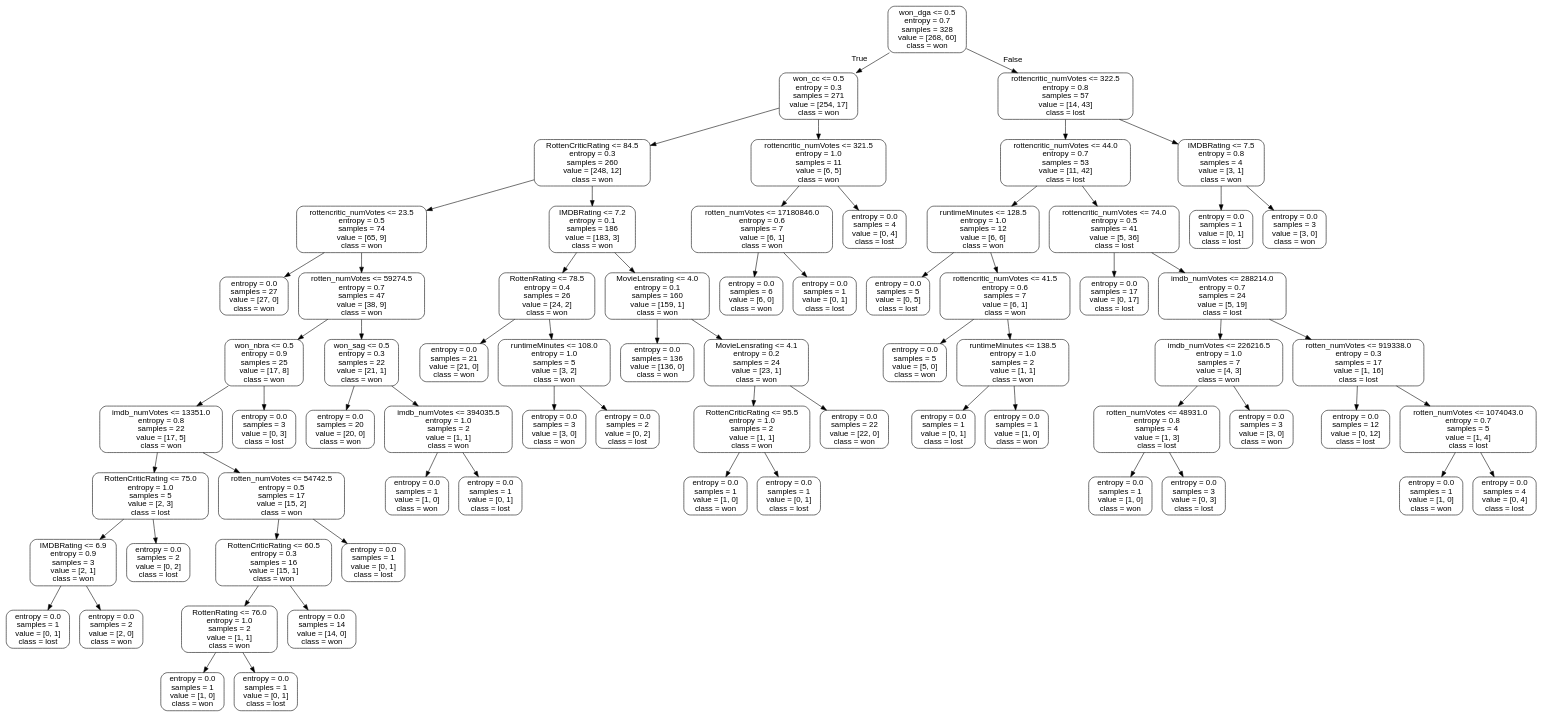
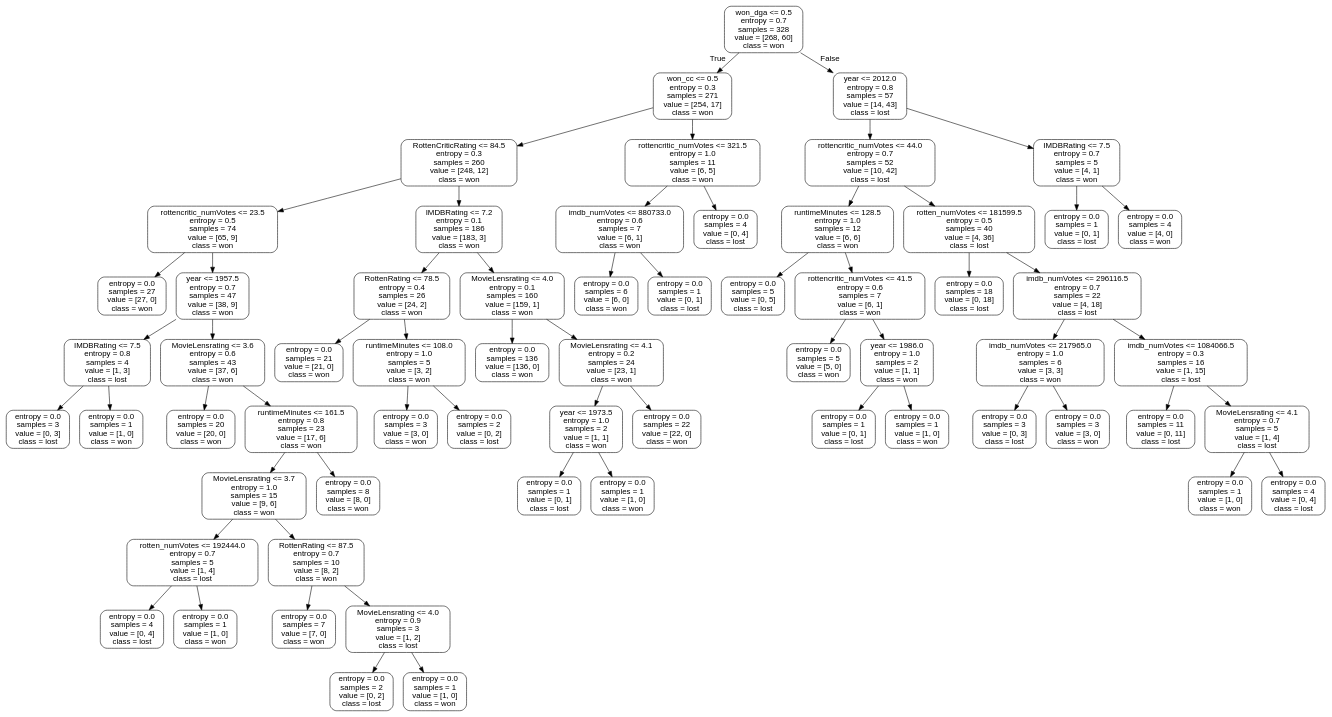
Before and after one commit to nikiravi04/Oscar-Best-Motion-Picture-Prediction: the diagram in Predicting Oscars model/tree_oscars_dt.dot, drawn with Graphviz. The commit also changed 11 other files, not shown here.

```diff
--- a/Predicting Oscars model/tree_oscars_dt.dot
+++ b/Predicting Oscars model/tree_oscars_dt.dot
@@ -1,141 +1,129 @@
 digraph Tree {
 node [shape=box, style="rounded", color="black", fontname=helvetica] ;
 edge [fontname=helvetica] ;
 0 [label="won_dga <= 0.5\nentropy = 0.7\nsamples = 328\nvalue = [268, 60]\nclass = won"] ;
 1 [label="won_cc <= 0.5\nentropy = 0.3\nsamples = 271\nvalue = [254, 17]\nclass = won"] ;
 0 -> 1 [labeldistance=2.5, labelangle=45, headlabel="True"] ;
 2 [label="RottenCriticRating <= 84.5\nentropy = 0.3\nsamples = 260\nvalue = [248, 12]\nclass = won"] ;
 1 -> 2 ;
 3 [label="rottencritic_numVotes <= 23.5\nentropy = 0.5\nsamples = 74\nvalue = [65, 9]\nclass = won"] ;
 2 -> 3 ;
 4 [label="entropy = 0.0\nsamples = 27\nvalue = [27, 0]\nclass = won"] ;
 3 -> 4 ;
-5 [label="rotten_numVotes <= 59274.5\nentropy = 0.7\nsamples = 47\nvalue = [38, 9]\nclass = won"] ;
+5 [label="year <= 1957.5\nentropy = 0.7\nsamples = 47\nvalue = [38, 9]\nclass = won"] ;
 3 -> 5 ;
-6 [label="won_nbra <= 0.5\nentropy = 0.9\nsamples = 25\nvalue = [17, 8]\nclass = won"] ;
+6 [label="IMDBRating <= 7.5\nentropy = 0.8\nsamples = 4\nvalue = [1, 3]\nclass = lost"] ;
 5 -> 6 ;
-7 [label="imdb_numVotes <= 13351.0\nentropy = 0.8\nsamples = 22\nvalue = [17, 5]\nclass = won"] ;
+7 [label="entropy = 0.0\nsamples = 3\nvalue = [0, 3]\nclass = lost"] ;
 6 -> 7 ;
-8 [label="RottenCriticRating <= 75.0\nentropy = 1.0\nsamples = 5\nvalue = [2, 3]\nclass = lost"] ;
-7 -> 8 ;
-9 [label="IMDBRating <= 6.9\nentropy = 0.9\nsamples = 3\nvalue = [2, 1]\nclass = won"] ;
-8 -> 9 ;
-10 [label="entropy = 0.0\nsamples = 1\nvalue = [0, 1]\nclass = lost"] ;
+8 [label="entropy = 0.0\nsamples = 1\nvalue = [1, 0]\nclass = won"] ;
+6 -> 8 ;
+9 [label="MovieLensrating <= 3.6\nentropy = 0.6\nsamples = 43\nvalue = [37, 6]\nclass = won"] ;
+5 -> 9 ;
+10 [label="entropy = 0.0\nsamples = 20\nvalue = [20, 0]\nclass = won"] ;
 9 -> 10 ;
-11 [label="entropy = 0.0\nsamples = 2\nvalue = [2, 0]\nclass = won"] ;
+11 [label="runtimeMinutes <= 161.5\nentropy = 0.8\nsamples = 23\nvalue = [17, 6]\nclass = won"] ;
 9 -> 11 ;
-12 [label="entropy = 0.0\nsamples = 2\nvalue = [0, 2]\nclass = lost"] ;
-8 -> 12 ;
-13 [label="rotten_numVotes <= 54742.5\nentropy = 0.5\nsamples = 17\nvalue = [15, 2]\nclass = won"] ;
-7 -> 13 ;
-14 [label="RottenCriticRating <= 60.5\nentropy = 0.3\nsamples = 16\nvalue = [15, 1]\nclass = won"] ;
+12 [label="MovieLensrating <= 3.7\nentropy = 1.0\nsamples = 15\nvalue = [9, 6]\nclass = won"] ;
+11 -> 12 ;
+13 [label="rotten_numVotes <= 192444.0\nentropy = 0.7\nsamples = 5\nvalue = [1, 4]\nclass = lost"] ;
+12 -> 13 ;
+14 [label="entropy = 0.0\nsamples = 4\nvalue = [0, 4]\nclass = lost"] ;
 13 -> 14 ;
-15 [label="RottenRating <= 76.0\nentropy = 1.0\nsamples = 2\nvalue = [1, 1]\nclass = won"] ;
-14 -> 15 ;
-16 [label="entropy = 0.0\nsamples = 1\nvalue = [1, 0]\nclass = won"] ;
-15 -> 16 ;
-17 [label="entropy = 0.0\nsamples = 1\nvalue = [0, 1]\nclass = lost"] ;
-15 -> 17 ;
-18 [label="entropy = 0.0\nsamples = 14\nvalue = [14, 0]\nclass = won"] ;
-14 -> 18 ;
-19 [label="entropy = 0.0\nsamples = 1\nvalue = [0, 1]\nclass = lost"] ;
-13 -> 19 ;
-20 [label="entropy = 0.0\nsamples = 3\nvalue = [0, 3]\nclass = lost"] ;
-6 -> 20 ;
-21 [label="won_sag <= 0.5\nentropy = 0.3\nsamples = 22\nvalue = [21, 1]\nclass = won"] ;
-5 -> 21 ;
-22 [label="entropy = 0.0\nsamples = 20\nvalue = [20, 0]\nclass = won"] ;
-21 -> 22 ;
-23 [label="imdb_numVotes <= 394035.5\nentropy = 1.0\nsamples = 2\nvalue = [1, 1]\nclass = won"] ;
-21 -> 23 ;
-24 [label="entropy = 0.0\nsamples = 1\nvalue = [1, 0]\nclass = won"] ;
+15 [label="entropy = 0.0\nsamples = 1\nvalue = [1, 0]\nclass = won"] ;
+13 -> 15 ;
+16 [label="RottenRating <= 87.5\nentropy = 0.7\nsamples = 10\nvalue = [8, 2]\nclass = won"] ;
+12 -> 16 ;
+17 [label="entropy = 0.0\nsamples = 7\nvalue = [7, 0]\nclass = won"] ;
+16 -> 17 ;
+18 [label="MovieLensrating <= 4.0\nentropy = 0.9\nsamples = 3\nvalue = [1, 2]\nclass = lost"] ;
+16 -> 18 ;
+19 [label="entropy = 0.0\nsamples = 2\nvalue = [0, 2]\nclass = lost"] ;
+18 -> 19 ;
+20 [label="entropy = 0.0\nsamples = 1\nvalue = [1, 0]\nclass = won"] ;
+18 -> 20 ;
+21 [label="entropy = 0.0\nsamples = 8\nvalue = [8, 0]\nclass = won"] ;
+11 -> 21 ;
+22 [label="IMDBRating <= 7.2\nentropy = 0.1\nsamples = 186\nvalue = [183, 3]\nclass = won"] ;
+2 -> 22 ;
+23 [label="RottenRating <= 78.5\nentropy = 0.4\nsamples = 26\nvalue = [24, 2]\nclass = won"] ;
+22 -> 23 ;
+24 [label="entropy = 0.0\nsamples = 21\nvalue = [21, 0]\nclass = won"] ;
 23 -> 24 ;
-25 [label="entropy = 0.0\nsamples = 1\nvalue = [0, 1]\nclass = lost"] ;
+25 [label="runtimeMinutes <= 108.0\nentropy = 1.0\nsamples = 5\nvalue = [3, 2]\nclass = won"] ;
 23 -> 25 ;
-26 [label="IMDBRating <= 7.2\nentropy = 0.1\nsamples = 186\nvalue = [183, 3]\nclass = won"] ;
-2 -> 26 ;
-27 [label="RottenRating <= 78.5\nentropy = 0.4\nsamples = 26\nvalue = [24, 2]\nclass = won"] ;
-26 -> 27 ;
-28 [label="entropy = 0.0\nsamples = 21\nvalue = [21, 0]\nclass = won"] ;
-27 -> 28 ;
-29 [label="runtimeMinutes <= 108.0\nentropy = 1.0\nsamples = 5\nvalue = [3, 2]\nclass = won"] ;
-27 -> 29 ;
-30 [label="entropy = 0.0\nsamples = 3\nvalue = [3, 0]\nclass = won"] ;
-29 -> 30 ;
-31 [label="entropy = 0.0\nsamples = 2\nvalue = [0, 2]\nclass = lost"] ;
-29 -> 31 ;
-32 [label="MovieLensrating <= 4.0\nentropy = 0.1\nsamples = 160\nvalue = [159, 1]\nclass = won"] ;
-26 -> 32 ;
-33 [label="entropy = 0.0\nsamples = 136\nvalue = [136, 0]\nclass = won"] ;
-32 -> 33 ;
-34 [label="MovieLensrating <= 4.1\nentropy = 0.2\nsamples = 24\nvalue = [23, 1]\nclass = won"] ;
-32 -> 34 ;
-35 [label="RottenCriticRating <= 95.5\nentropy = 1.0\nsamples = 2\nvalue = [1, 1]\nclass = won"] ;
-34 -> 35 ;
-36 [label="entropy = 0.0\nsamples = 1\nvalue = [1, 0]\nclass = won"] ;
+26 [label="entropy = 0.0\nsamples = 3\nvalue = [3, 0]\nclass = won"] ;
+25 -> 26 ;
+27 [label="entropy = 0.0\nsamples = 2\nvalue = [0, 2]\nclass = lost"] ;
+25 -> 27 ;
+28 [label="MovieLensrating <= 4.0\nentropy = 0.1\nsamples = 160\nvalue = [159, 1]\nclass = won"] ;
+22 -> 28 ;
+29 [label="entropy = 0.0\nsamples = 136\nvalue = [136, 0]\nclass = won"] ;
+28 -> 29 ;
+30 [label="MovieLensrating <= 4.1\nentropy = 0.2\nsamples = 24\nvalue = [23, 1]\nclass = won"] ;
+28 -> 30 ;
+31 [label="year <= 1973.5\nentropy = 1.0\nsamples = 2\nvalue = [1, 1]\nclass = won"] ;
+30 -> 31 ;
+32 [label="entropy = 0.0\nsamples = 1\nvalue = [0, 1]\nclass = lost"] ;
+31 -> 32 ;
+33 [label="entropy = 0.0\nsamples = 1\nvalue = [1, 0]\nclass = won"] ;
+31 -> 33 ;
+34 [label="entropy = 0.0\nsamples = 22\nvalue = [22, 0]\nclass = won"] ;
+30 -> 34 ;
+35 [label="rottencritic_numVotes <= 321.5\nentropy = 1.0\nsamples = 11\nvalue = [6, 5]\nclass = won"] ;
+1 -> 35 ;
+36 [label="imdb_numVotes <= 880733.0\nentropy = 0.6\nsamples = 7\nvalue = [6, 1]\nclass = won"] ;
 35 -> 36 ;
-37 [label="entropy = 0.0\nsamples = 1\nvalue = [0, 1]\nclass = lost"] ;
-35 -> 37 ;
-38 [label="entropy = 0.0\nsamples = 22\nvalue = [22, 0]\nclass = won"] ;
-34 -> 38 ;
-39 [label="rottencritic_numVotes <= 321.5\nentropy = 1.0\nsamples = 11\nvalue = [6, 5]\nclass = won"] ;
-1 -> 39 ;
-40 [label="rotten_numVotes <= 17180846.0\nentropy = 0.6\nsamples = 7\nvalue = [6, 1]\nclass = won"] ;
-39 -> 40 ;
-41 [label="entropy = 0.0\nsamples = 6\nvalue = [6, 0]\nclass = won"] ;
+37 [label="entropy = 0.0\nsamples = 6\nvalue = [6, 0]\nclass = won"] ;
+36 -> 37 ;
+38 [label="entropy = 0.0\nsamples = 1\nvalue = [0, 1]\nclass = lost"] ;
+36 -> 38 ;
+39 [label="entropy = 0.0\nsamples = 4\nvalue = [0, 4]\nclass = lost"] ;
+35 -> 39 ;
+40 [label="year <= 2012.0\nentropy = 0.8\nsamples = 57\nvalue = [14, 43]\nclass = lost"] ;
+0 -> 40 [labeldistance=2.5, labelangle=-45, headlabel="False"] ;
+41 [label="rottencritic_numVotes <= 44.0\nentropy = 0.7\nsamples = 52\nvalue = [10, 42]\nclass = lost"] ;
 40 -> 41 ;
-42 [label="entropy = 0.0\nsamples = 1\nvalue = [0, 1]\nclass = lost"] ;
-40 -> 42 ;
-43 [label="entropy = 0.0\nsamples = 4\nvalue = [0, 4]\nclass = lost"] ;
-39 -> 43 ;
-44 [label="rottencritic_numVotes <= 322.5\nentropy = 0.8\nsamples = 57\nvalue = [14, 43]\nclass = lost"] ;
-0 -> 44 [labeldistance=2.5, labelangle=-45, headlabel="False"] ;
-45 [label="rottencritic_numVotes <= 44.0\nentropy = 0.7\nsamples = 53\nvalue = [11, 42]\nclass = lost"] ;
+42 [label="runtimeMinutes <= 128.5\nentropy = 1.0\nsamples = 12\nvalue = [6, 6]\nclass = won"] ;
+41 -> 42 ;
+43 [label="entropy = 0.0\nsamples = 5\nvalue = [0, 5]\nclass = lost"] ;
+42 -> 43 ;
+44 [label="rottencritic_numVotes <= 41.5\nentropy = 0.6\nsamples = 7\nvalue = [6, 1]\nclass = won"] ;
+42 -> 44 ;
+45 [label="entropy = 0.0\nsamples = 5\nvalue = [5, 0]\nclass = won"] ;
 44 -> 45 ;
-46 [label="runtimeMinutes <= 128.5\nentropy = 1.0\nsamples = 12\nvalue = [6, 6]\nclass = won"] ;
-45 -> 46 ;
-47 [label="entropy = 0.0\nsamples = 5\nvalue = [0, 5]\nclass = lost"] ;
+46 [label="year <= 1986.0\nentropy = 1.0\nsamples = 2\nvalue = [1, 1]\nclass = won"] ;
+44 -> 46 ;
+47 [label="entropy = 0.0\nsamples = 1\nvalue = [0, 1]\nclass = lost"] ;
 46 -> 47 ;
-48 [label="rottencritic_numVotes <= 41.5\nentropy = 0.6\nsamples = 7\nvalue = [6, 1]\nclass = won"] ;
+48 [label="entropy = 0.0\nsamples = 1\nvalue = [1, 0]\nclass = won"] ;
 46 -> 48 ;
-49 [label="entropy = 0.0\nsamples = 5\nvalue = [5, 0]\nclass = won"] ;
-48 -> 49 ;
-50 [label="runtimeMinutes <= 138.5\nentropy = 1.0\nsamples = 2\nvalue = [1, 1]\nclass = won"] ;
-48 -> 50 ;
-51 [label="entropy = 0.0\nsamples = 1\nvalue = [0, 1]\nclass = lost"] ;
-50 -> 51 ;
-52 [label="entropy = 0.0\nsamples = 1\nvalue = [1, 0]\nclass = won"] ;
-50 -> 52 ;
-53 [label="rottencritic_numVotes <= 74.0\nentropy = 0.5\nsamples = 41\nvalue = [5, 36]\nclass = lost"] ;
-45 -> 53 ;
-54 [label="entropy = 0.0\nsamples = 17\nvalue = [0, 17]\nclass = lost"] ;
-53 -> 54 ;
-55 [label="imdb_numVotes <= 288214.0\nentropy = 0.7\nsamples = 24\nvalue = [5, 19]\nclass = lost"] ;
-53 -> 55 ;
-56 [label="imdb_numVotes <= 226216.5\nentropy = 1.0\nsamples = 7\nvalue = [4, 3]\nclass = won"] ;
+49 [label="rotten_numVotes <= 181599.5\nentropy = 0.5\nsamples = 40\nvalue = [4, 36]\nclass = lost"] ;
+41 -> 49 ;
+50 [label="entropy = 0.0\nsamples = 18\nvalue = [0, 18]\nclass = lost"] ;
+49 -> 50 ;
+51 [label="imdb_numVotes <= 296116.5\nentropy = 0.7\nsamples = 22\nvalue = [4, 18]\nclass = lost"] ;
+49 -> 51 ;
+52 [label="imdb_numVotes <= 217965.0\nentropy = 1.0\nsamples = 6\nvalue = [3, 3]\nclass = won"] ;
+51 -> 52 ;
+53 [label="entropy = 0.0\nsamples = 3\nvalue = [0, 3]\nclass = lost"] ;
+52 -> 53 ;
+54 [label="entropy = 0.0\nsamples = 3\nvalue = [3, 0]\nclass = won"] ;
+52 -> 54 ;
+55 [label="imdb_numVotes <= 1084066.5\nentropy = 0.3\nsamples = 16\nvalue = [1, 15]\nclass = lost"] ;
+51 -> 55 ;
+56 [label="entropy = 0.0\nsamples = 11\nvalue = [0, 11]\nclass = lost"] ;
 55 -> 56 ;
-57 [label="rotten_numVotes <= 48931.0\nentropy = 0.8\nsamples = 4\nvalue = [1, 3]\nclass = lost"] ;
-56 -> 57 ;
+57 [label="MovieLensrating <= 4.1\nentropy = 0.7\nsamples = 5\nvalue = [1, 4]\nclass = lost"] ;
+55 -> 57 ;
 58 [label="entropy = 0.0\nsamples = 1\nvalue = [1, 0]\nclass = won"] ;
 57 -> 58 ;
-59 [label="entropy = 0.0\nsamples = 3\nvalue = [0, 3]\nclass = lost"] ;
+59 [label="entropy = 0.0\nsamples = 4\nvalue = [0, 4]\nclass = lost"] ;
 57 -> 59 ;
-60 [label="entropy = 0.0\nsamples = 3\nvalue = [3, 0]\nclass = won"] ;
-56 -> 60 ;
-61 [label="rotten_numVotes <= 919338.0\nentropy = 0.3\nsamples = 17\nvalue = [1, 16]\nclass = lost"] ;
-55 -> 61 ;
-62 [label="entropy = 0.0\nsamples = 12\nvalue = [0, 12]\nclass = lost"] ;
-61 -> 62 ;
-63 [label="rotten_numVotes <= 1074043.0\nentropy = 0.7\nsamples = 5\nvalue = [1, 4]\nclass = lost"] ;
-61 -> 63 ;
-64 [label="entropy = 0.0\nsamples = 1\nvalue = [1, 0]\nclass = won"] ;
-63 -> 64 ;
-65 [label="entropy = 0.0\nsamples = 4\nvalue = [0, 4]\nclass = lost"] ;
-63 -> 65 ;
-66 [label="IMDBRating <= 7.5\nentropy = 0.8\nsamples = 4\nvalue = [3, 1]\nclass = won"] ;
-44 -> 66 ;
-67 [label="entropy = 0.0\nsamples = 1\nvalue = [0, 1]\nclass = lost"] ;
-66 -> 67 ;
-68 [label="entropy = 0.0\nsamples = 3\nvalue = [3, 0]\nclass = won"] ;
-66 -> 68 ;
+60 [label="IMDBRating <= 7.5\nentropy = 0.7\nsamples = 5\nvalue = [4, 1]\nclass = won"] ;
+40 -> 60 ;
+61 [label="entropy = 0.0\nsamples = 1\nvalue = [0, 1]\nclass = lost"] ;
+60 -> 61 ;
+62 [label="entropy = 0.0\nsamples = 4\nvalue = [4, 0]\nclass = won"] ;
+60 -> 62 ;
 }
```
